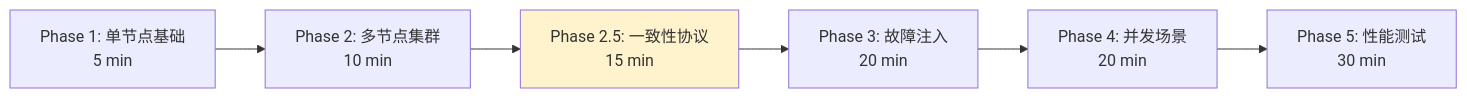
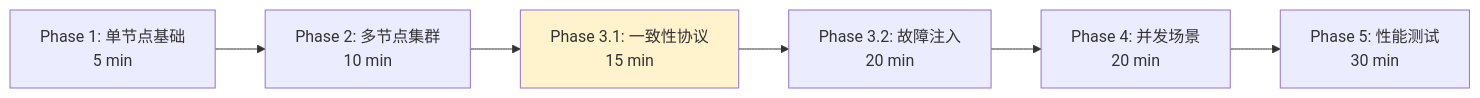
The diagram in docs/04_test/2026-02-13_PR-061_e2e-testing-framework_Pre.md (jzhang405/NexKV), drawn with Mermaid before and after one commit. The commit also changed other lines of this file and 6 other files, not shown here.

````diff
--- a/docs/04_test/2026-02-13_PR-061_e2e-testing-framework_Pre.md
+++ b/docs/04_test/2026-02-13_PR-061_e2e-testing-framework_Pre.md
@@ -76,10 +70,10 @@
 ```mermaid
 flowchart LR
     A[Phase 1: 单节点基础<br/>5 min] --> B[Phase 2: 多节点集群<br/>10 min]
-    B --> C[Phase 2.5: 一致性协议<br/>15 min]
-    C --> D[Phase 3: 故障注入<br/>20 min]
+    B --> C[Phase 3.1: 一致性协议<br/>15 min]
+    C --> D[Phase 3.2: 故障注入<br/>20 min]
     D --> E[Phase 4: 并发场景<br/>20 min]
     E --> F[Phase 5: 性能测试<br/>30 min]
 
     style C fill:#fff3cd
 ```
````
